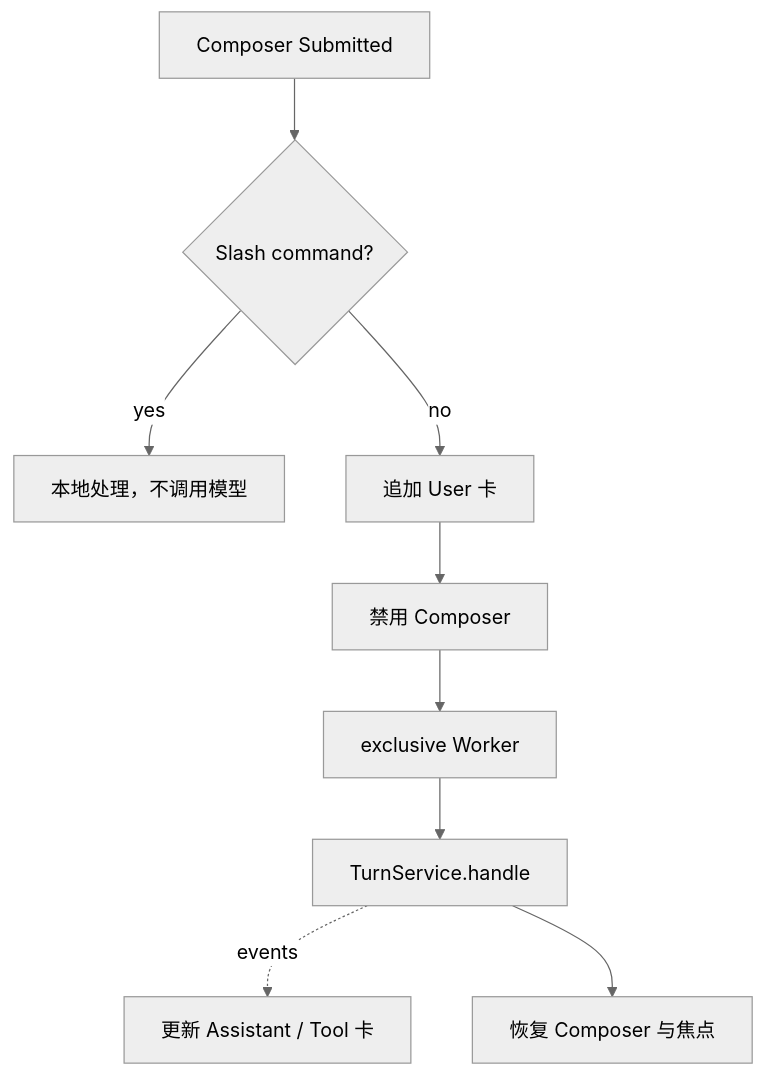
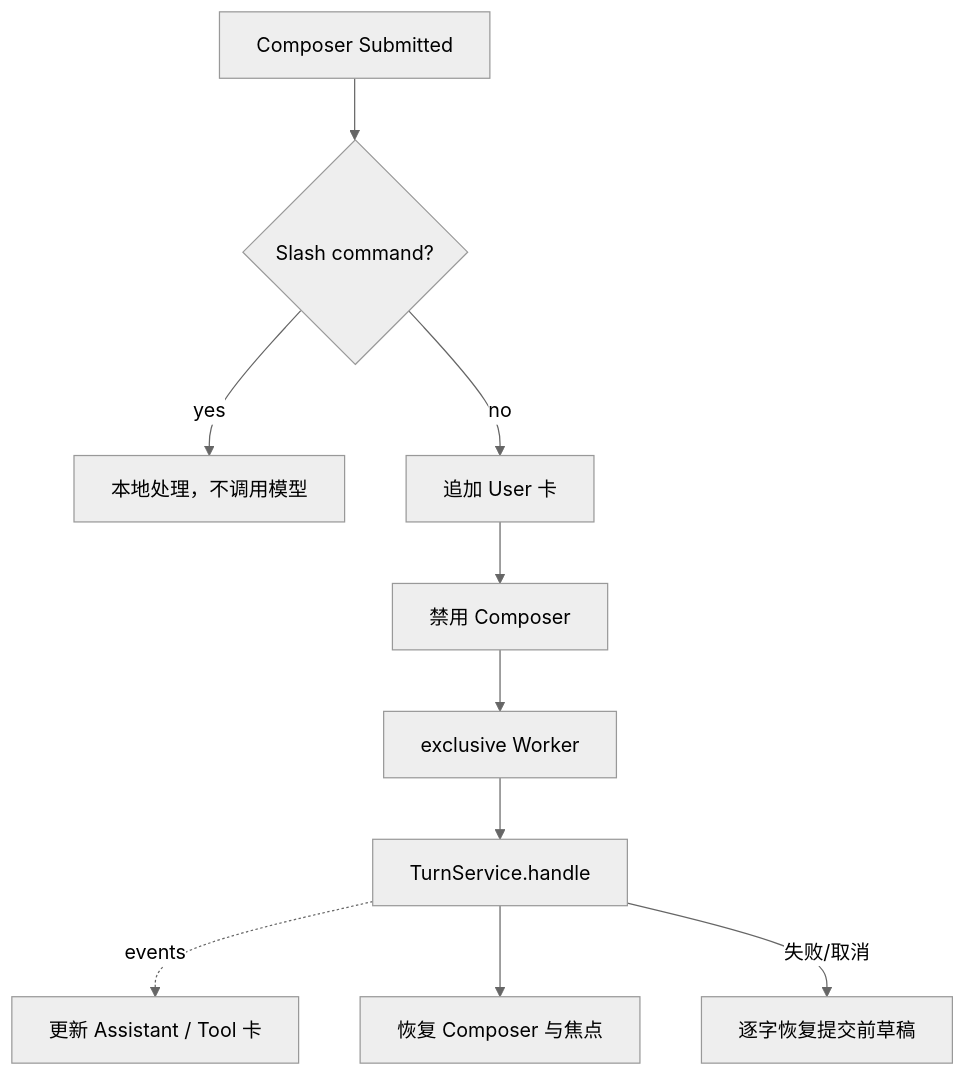
One commit to NEDONION/lobster0 changed the fourth of 7 diagrams in docs/engineering/phase-2/single-entry-tui.md. Above: the diagram before and after it, drawn with Mermaid (neutral theme). The commit also changed other lines of this file and 18 other files, not shown here.

````diff
--- a/docs/engineering/phase-2/single-entry-tui.md
+++ b/docs/engineering/phase-2/single-entry-tui.md
@@ -163,11 +165,12 @@
 ```mermaid
 flowchart TD
     INPUT["Composer Submitted"] --> LOCAL{"Slash command?"}
     LOCAL -->|yes| HANDLE["本地处理，不调用模型"]
     LOCAL -->|no| USER["追加 User 卡"]
     USER --> DISABLE["禁用 Composer"]
     DISABLE --> WORKER["exclusive Worker"]
     WORKER --> SERVICE["TurnService.handle"]
     SERVICE -. events .-> VIEW["更新 Assistant / Tool 卡"]
     SERVICE --> RESTORE["恢复 Composer 与焦点"]
+    SERVICE -->|失败/取消| DRAFT["逐字恢复提交前草稿"]
 ```
````
